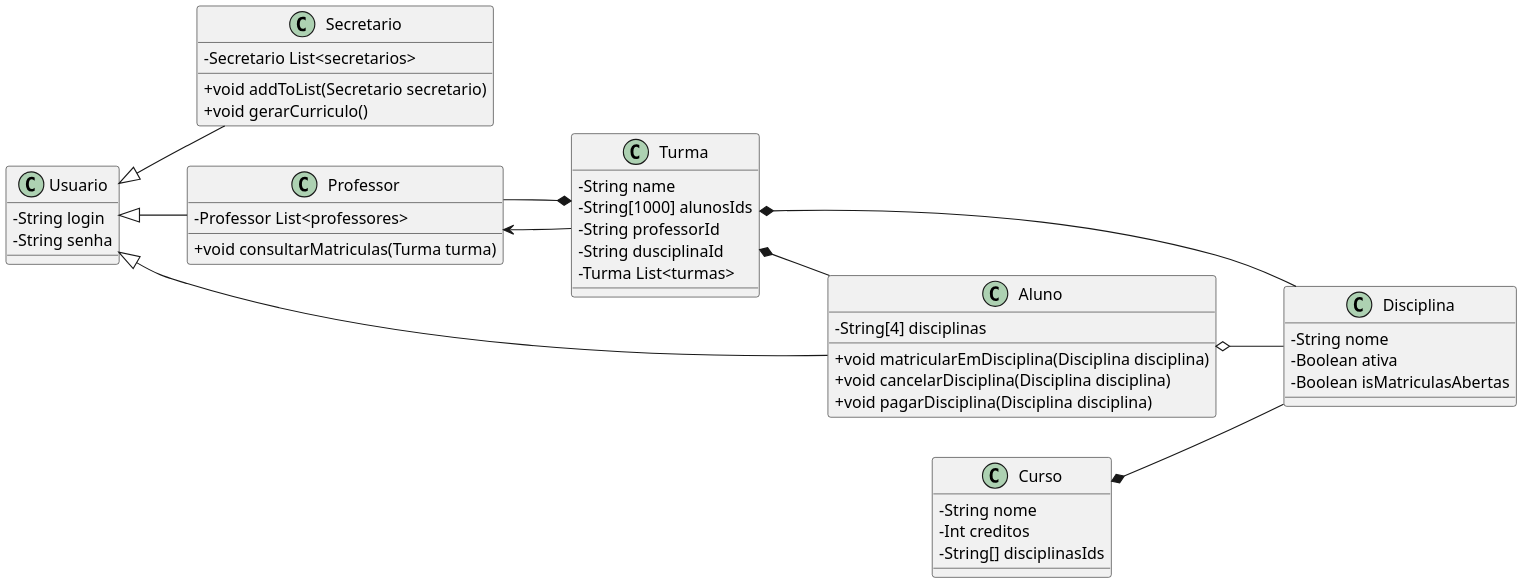
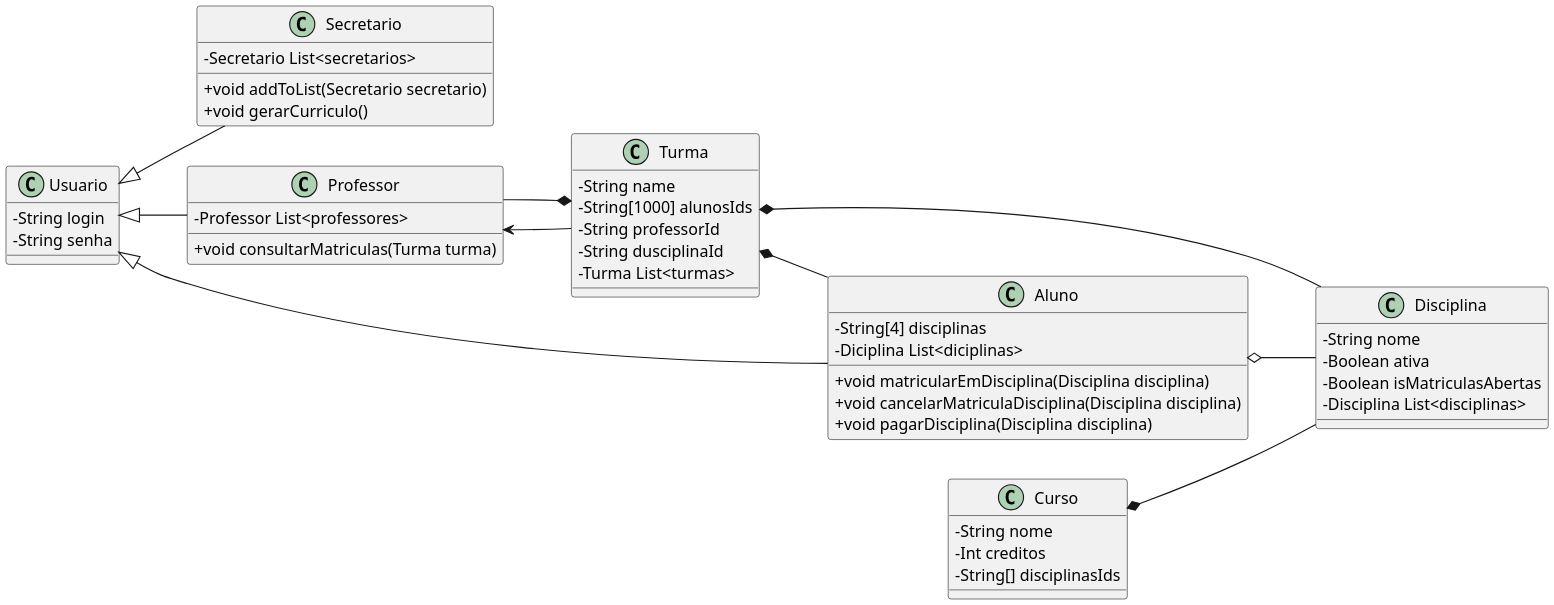
One commit to milenalara/sistema-matricula changed the diagram in project/docs/DiagramaClasseLab01S01.puml. Above: the diagram before and after it, drawn with PlantUML.

Commit message:
2 Atualização Diagrama de classe

```diff
--- a/project/docs/DiagramaClasseLab01S01.puml
+++ b/project/docs/DiagramaClasseLab01S01.puml
@@ -1,68 +1,70 @@
 @startuml Diagrama de classe universidade
 scale 2
 left to right direction 
 
 skinparam ClassAttributeIconSize 0
 class Usuario{
     -String login
     -String senha
 }
 
 class Secretario{
     -Secretario List<secretarios>
     +void addToList(Secretario secretario)
     +void gerarCurriculo()
 }
 
 
 class Professor{
     -Professor List<professores>
     +void consultarMatriculas(Turma turma)
 }
 
 class Aluno{
     -String[4] disciplinas
+    -Diciplina List<diciplinas>
     +void matricularEmDisciplina(Disciplina disciplina)
-    +void cancelarDisciplina(Disciplina disciplina)
+    +void cancelarMatriculaDisciplina(Disciplina disciplina)
     +void pagarDisciplina(Disciplina disciplina)
 }
 
 class Curso{
     -String nome
     -Int creditos
     -String[] disciplinasIds
 }
 
 class Disciplina{
     -String nome
     -Boolean ativa
     -Boolean isMatriculasAbertas
+    -Disciplina List<disciplinas>
 }
 
 class Turma{
     -String name
     -String[1000] alunosIds
     -String professorId
     -String dusciplinaId
     -Turma List<turmas>
 }
 
 Usuario <|-- Secretario
 
 Usuario <|-- Professor
 
 Usuario <|-- Aluno
 
 Curso *-- Disciplina
 
 Turma *-- Disciplina
 
 Turma *-- Professor
 
 Turma *-- Aluno
 
 Professor <-- Turma
 
 Aluno o-- Disciplina
 
 @enduml
```
